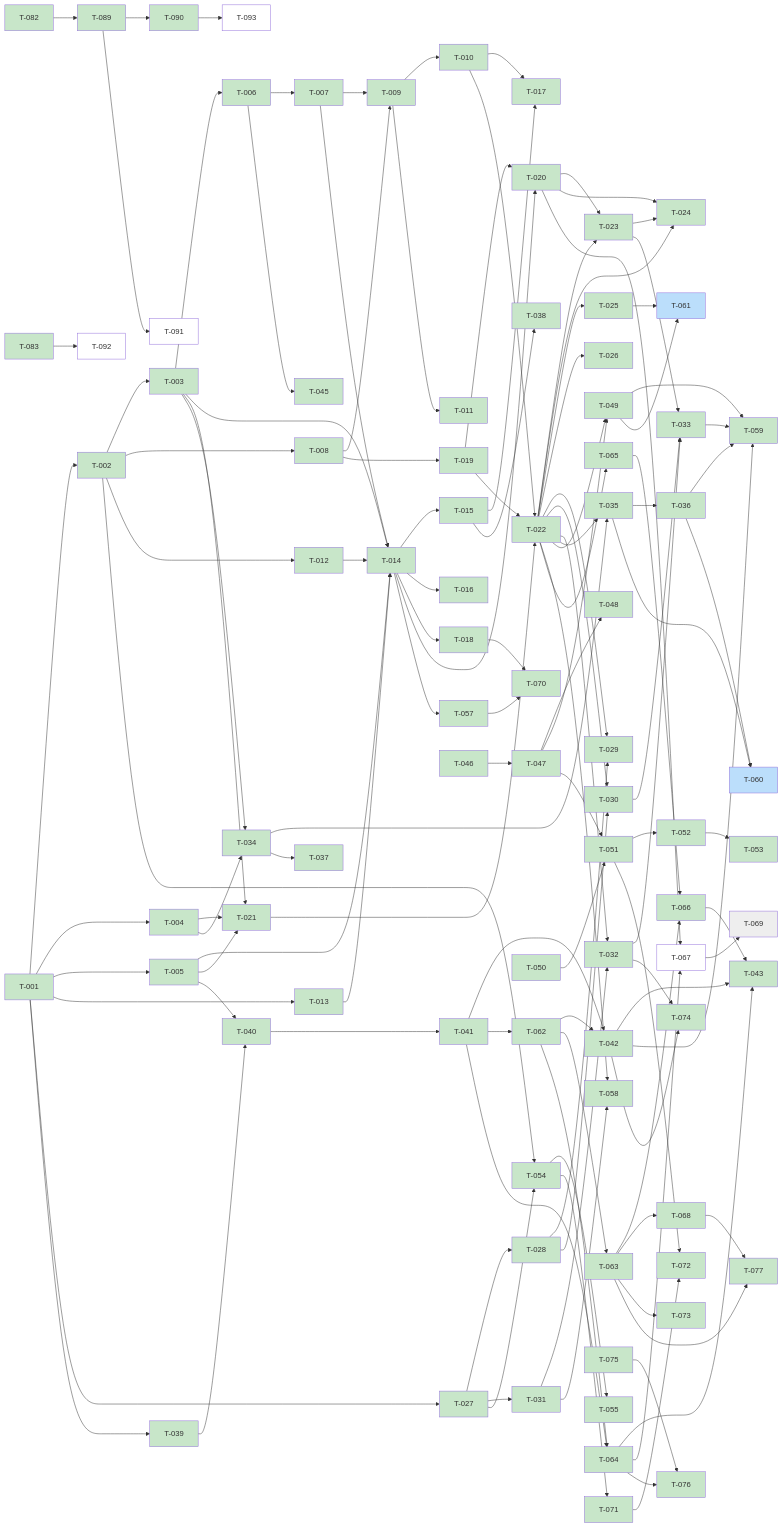
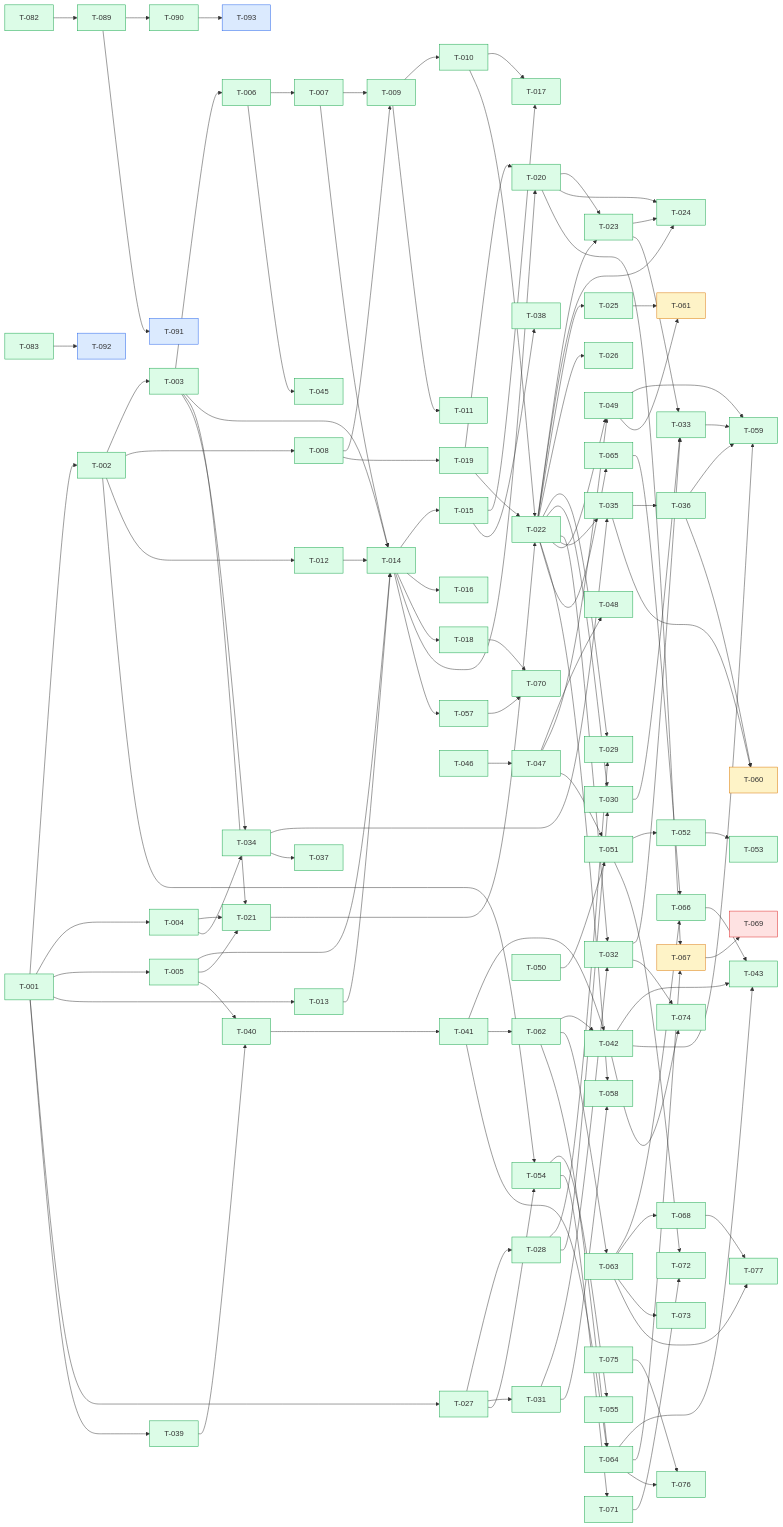
Before and after one commit to scholtz/biatec-chat: the diagram in kanban/BOARD.md, drawn with Mermaid. The commit also changed other lines of this file and 3 other files, not shown here.

````diff
--- a/kanban/BOARD.md
+++ b/kanban/BOARD.md
@@ -247,13 +247,103 @@
   T089[T-089] --> T091[T-091]
   T083[T-083] --> T092[T-092]
   T090[T-090] --> T093[T-093]
-  classDef done fill:#c8e6c9
-  classDef review fill:#fff9c4
-  classDef inprogress fill:#bbdefb
-  classDef backlog fill:#ffffff
-  classDef blocked fill:#eeeeee
-  class T001,T002,T003,T004,T005,T006,T007,T008,T009,T010,T011,T012,T013,T014,T015,T016,T017,T018,T019,T020,T021,T022,T023,T024,T025,T026,T027,T028,T029,T030,T031,T032,T033,T034,T035,T036,T037,T038,T039,T040,T041,T042,T043,T044,T045,T046,T047,T048,T049,T050,T051,T052,T053,T054,T055,T056,T057,T058,T059,T062,T063,T064,T065,T066,T068,T070,T071,T072,T073,T074,T075,T076,T077,T078,T079,T080,T081,T082,T083,T084,T089,T090 done
-  class T060,T061 inprogress
-  class T087,T088,T067,T085,T086,T091,T092,T093 backlog
+  classDef backlog fill:#dbeafe,stroke:#2563eb
+  classDef prog fill:#fef3c7,stroke:#d97706
+  classDef blocked fill:#fee2e2,stroke:#dc2626
+  classDef review fill:#ede9fe,stroke:#7c3aed
+  classDef done fill:#dcfce7,stroke:#16a34a
+  class T001 done
+  class T002 done
+  class T003 done
+  class T004 done
+  class T005 done
+  class T006 done
+  class T007 done
+  class T008 done
+  class T009 done
+  class T010 done
+  class T011 done
+  class T012 done
+  class T013 done
+  class T014 done
+  class T015 done
+  class T016 done
+  class T017 done
+  class T018 done
+  class T019 done
+  class T020 done
+  class T021 done
+  class T022 done
+  class T023 done
+  class T024 done
+  class T025 done
+  class T026 done
+  class T027 done
+  class T028 done
+  class T029 done
+  class T030 done
+  class T031 done
+  class T032 done
+  class T033 done
+  class T034 done
+  class T035 done
+  class T036 done
+  class T037 done
+  class T038 done
+  class T039 done
+  class T040 done
+  class T041 done
+  class T042 done
+  class T043 done
+  class T044 done
+  class T045 done
+  class T046 done
+  class T047 done
+  class T048 done
+  class T049 done
+  class T050 done
+  class T051 done
+  class T052 done
+  class T053 done
+  class T054 done
+  class T055 done
+  class T056 done
+  class T057 done
+  class T058 done
+  class T059 done
+  class T060 prog
+  class T061 prog
+  class T062 done
+  class T063 done
+  class T064 done
+  class T065 done
+  class T066 done
+  class T067 prog
+  class T068 done
   class T069 blocked
+  class T070 done
+  class T071 done
+  class T072 done
+  class T073 done
+  class T074 done
+  class T075 done
+  class T076 done
+  class T077 done
+  class T078 done
+  class T079 done
+  class T080 done
+  class T081 done
+  class T082 done
+  class T083 done
+  class T084 done
+  class T085 backlog
+  class T086 backlog
+  class T087 prog
+  class T088 prog
+  class T089 done
+  class T090 done
+  class T091 backlog
+  class T092 backlog
+  class T093 backlog
+
 ```
````
